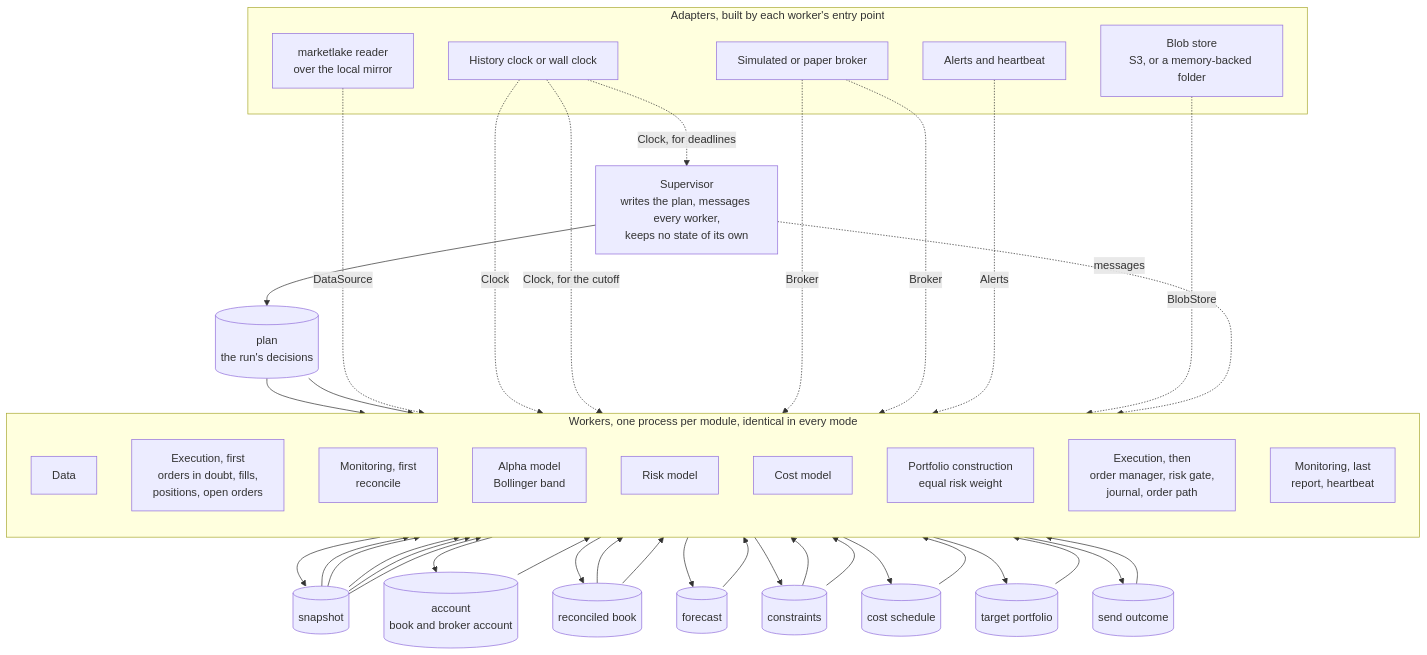
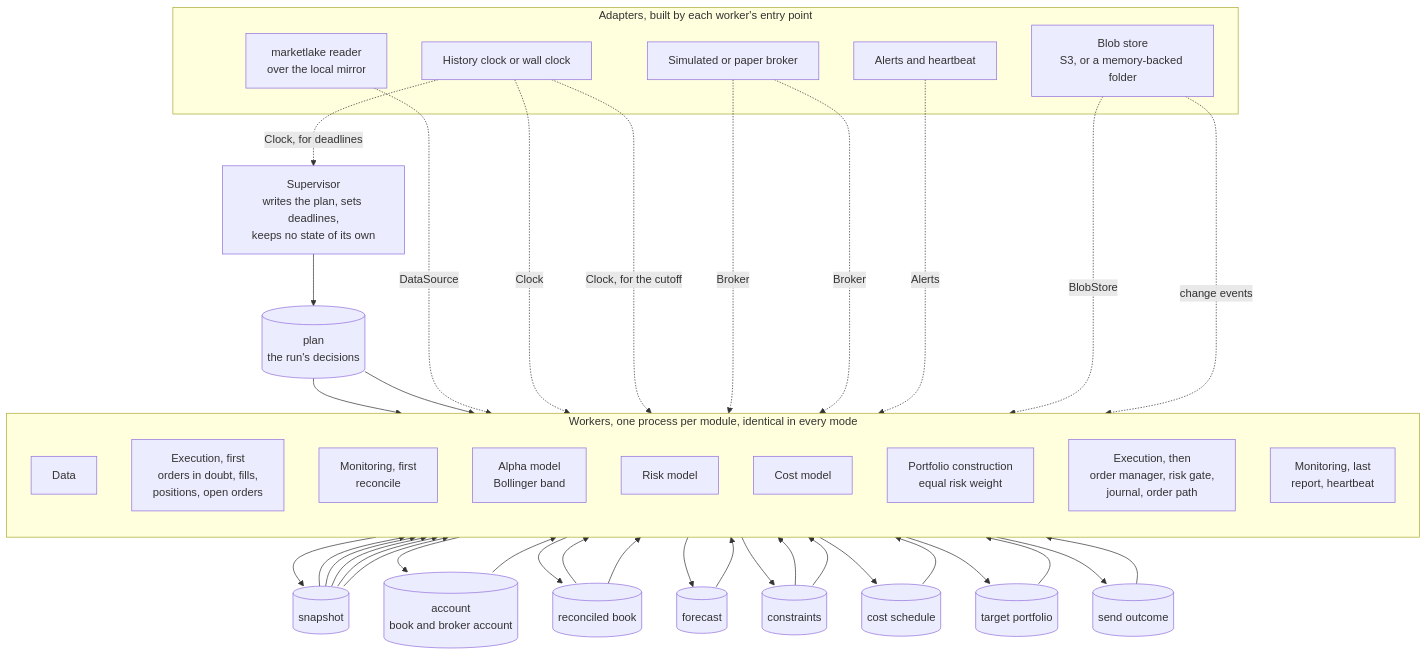
Before and after one commit to l3a0/ithildin-runtime: the second of 16 diagrams in docs/architecture.md, drawn with Mermaid. The commit also changed other lines of this file and 1 other file, not shown here.

First line of the commit message:
docs(design): learn of changes from S3's events, with no polling

````diff
--- a/docs/architecture.md
+++ b/docs/architecture.md
@@ -298,64 +295,64 @@
 ```mermaid
 flowchart TB
-    sup["Supervisor<br/>writes the plan, messages every worker,<br/>keeps no state of its own"]
+    sup["Supervisor<br/>writes the plan, sets deadlines,<br/>keeps no state of its own"]
     plan[("plan<br/>the run's decisions")]
     sup --> plan
 
     subgraph workers["Workers, one process per module, identical in every mode"]
         direction TB
         data["Data"]
         exec_recover["Execution, first<br/>orders in doubt, fills,<br/>positions, open orders"]
         mon_recon["Monitoring, first<br/>reconcile"]
         alpha["Alpha model<br/>Bollinger band"]
         risk["Risk model"]
         cost["Cost model"]
         pc["Portfolio construction<br/>equal risk weight"]
         exec_send["Execution, then<br/>order manager, risk gate,<br/>journal, order path"]
         mon_report["Monitoring, last<br/>report, heartbeat"]
     end
 
     snap[("snapshot")]
     acct[("account<br/>book and broker account")]
     book[("reconciled book")]
     fc[("forecast")]
     cons[("constraints")]
     sched[("cost schedule")]
     target[("target portfolio")]
     outcome[("send outcome")]
 
     plan --> data
     plan --> exec_recover
     snap --> exec_recover
     data --> snap
     exec_recover --> acct --> mon_recon --> book
     snap --> alpha --> fc
     snap --> risk
     book --> risk --> cons
     snap --> cost --> sched
     fc --> pc
     cons --> pc
     sched --> pc
     book --> pc --> target
     target --> exec_send
     cons --> exec_send
     snap --> exec_send
     exec_send --> outcome --> mon_report
 
     subgraph adapters["Adapters, built by each worker's entry point"]
         lakesrc["marketlake reader<br/>over the local mirror"]
         clock["History clock or wall clock"]
         broker["Simulated or paper broker"]
         store["Blob store<br/>S3, or a memory-backed folder"]
         alertsink["Alerts and heartbeat"]
     end
 
     lakesrc -. "DataSource" .-> data
     clock -. "Clock" .-> data
     clock -. "Clock, for deadlines" .-> sup
     clock -. "Clock, for the cutoff" .-> exec_send
     broker -. "Broker" .-> exec_recover
     broker -. "Broker" .-> exec_send
     store -. "BlobStore" .-> workers
     alertsink -. "Alerts" .-> mon_report
-    sup -. "messages" .-> workers
+    store -. "change events" .-> workers
 ```
````
